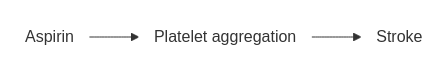
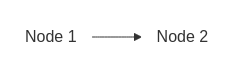
Before and after one commit to birth-outcomes/birth_outcomes_summary: the first of 15 diagrams in book_birth_outcomes_summary/design_causal.md, drawn with Mermaid. The commit also changed other lines of this file and 1 other file, not shown here.

`````diff
--- a/book_birth_outcomes_summary/design_causal.md
+++ b/book_birth_outcomes_summary/design_causal.md
@@ -129,13 +17,11 @@
 ````{mermaid}
   flowchart LR;
 
-    asp("Aspirin"):::white;
-    plat("Platelet aggregation"):::white;
-    stroke("Stroke"):::white;
+    n1("Node 1"):::white;
+    n2("Node 2"):::white;
 
-    asp --> plat;
-    plat --> stroke;
+    n1 --> n2;
 
     classDef white fill:#FFFFFF, stroke:#FFFFFF
     classDef black fill:#FFFFFF, stroke:#000000
 ````
`````
